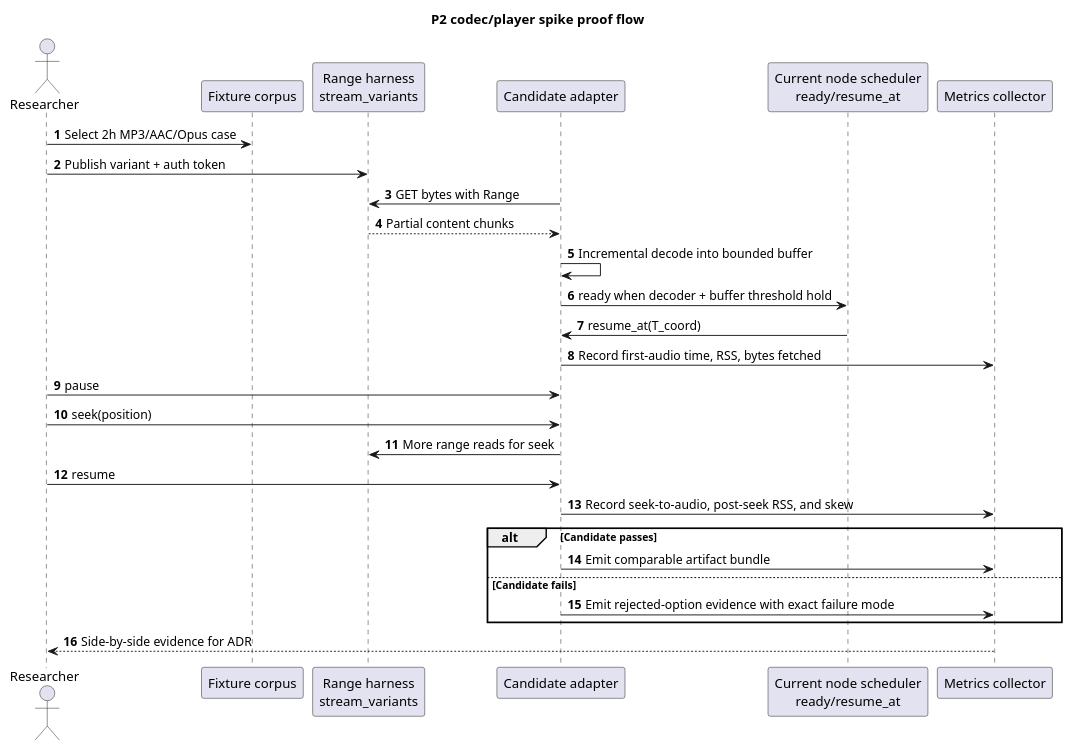
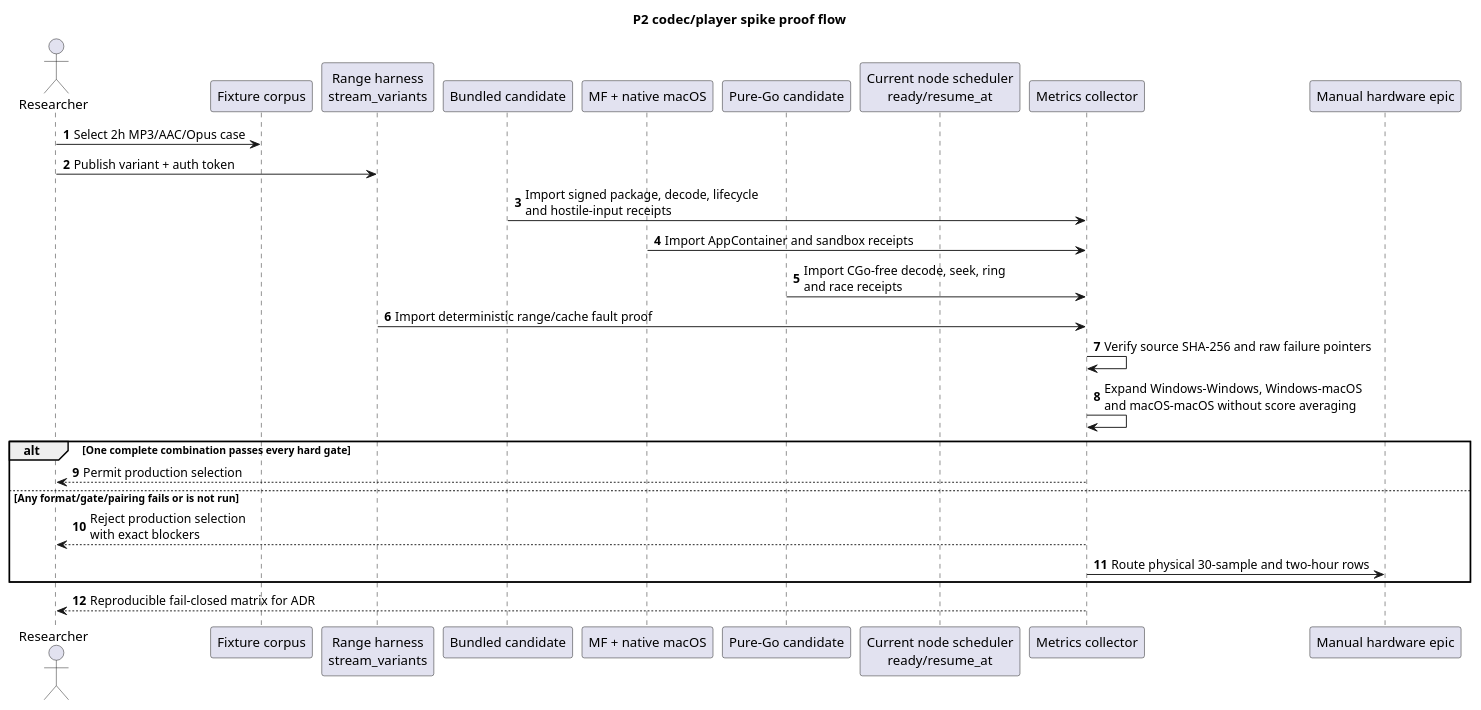
The diagram in docs/diagrams/p2-codec-player-spike-sequence.puml (relux-works/barycenter), drawn with PlantUML before and after one commit. The commit also changed 5 other files, not shown here.

Commit message:
feat(codec): add fail-closed comparative matrix

```diff
--- a/docs/diagrams/p2-codec-player-spike-sequence.puml
+++ b/docs/diagrams/p2-codec-player-spike-sequence.puml
@@ -1,34 +1,33 @@
 @startuml
 title P2 codec/player spike proof flow
 autonumber
 
 actor Researcher
 participant "Fixture corpus" as Fixtures
 participant "Range harness\nstream_variants" as Harness
-participant "Candidate adapter" as Candidate
+participant "Bundled candidate" as Bundled
+participant "MF + native macOS" as Native
+participant "Pure-Go candidate" as PureGo
 participant "Current node scheduler\nready/resume_at" as Scheduler
 participant "Metrics collector" as Metrics
+participant "Manual hardware epic" as Manual
 
 Researcher -> Fixtures: Select 2h MP3/AAC/Opus case
 Researcher -> Harness: Publish variant + auth token
-Candidate -> Harness: GET bytes with Range
-Harness --> Candidate: Partial content chunks
-Candidate -> Candidate: Incremental decode into bounded buffer
-Candidate -> Scheduler: ready when decoder + buffer threshold hold
-Scheduler -> Candidate: resume_at(T_coord)
-Candidate -> Metrics: Record first-audio time, RSS, bytes fetched
+Bundled -> Metrics: Import signed package, decode, lifecycle\nand hostile-input receipts
+Native -> Metrics: Import AppContainer and sandbox receipts
+PureGo -> Metrics: Import CGo-free decode, seek, ring\nand race receipts
+Harness -> Metrics: Import deterministic range/cache fault proof
 
-Researcher -> Candidate: pause
-Researcher -> Candidate: seek(position)
-Candidate -> Harness: More range reads for seek
-Researcher -> Candidate: resume
-Candidate -> Metrics: Record seek-to-audio, post-seek RSS, and skew
+Metrics -> Metrics: Verify source SHA-256 and raw failure pointers
+Metrics -> Metrics: Expand Windows-Windows, Windows-macOS\nand macOS-macOS without score averaging
 
-alt Candidate passes
-  Candidate -> Metrics: Emit comparable artifact bundle
-else Candidate fails
-  Candidate -> Metrics: Emit rejected-option evidence with exact failure mode
+alt One complete combination passes every hard gate
+  Metrics --> Researcher: Permit production selection
+else Any format/gate/pairing fails or is not run
+  Metrics --> Researcher: Reject production selection\nwith exact blockers
+  Metrics -> Manual: Route physical 30-sample and two-hour rows
 end
 
-Metrics --> Researcher: Side-by-side evidence for ADR
+Metrics --> Researcher: Reproducible fail-closed matrix for ADR
 @enduml
```
